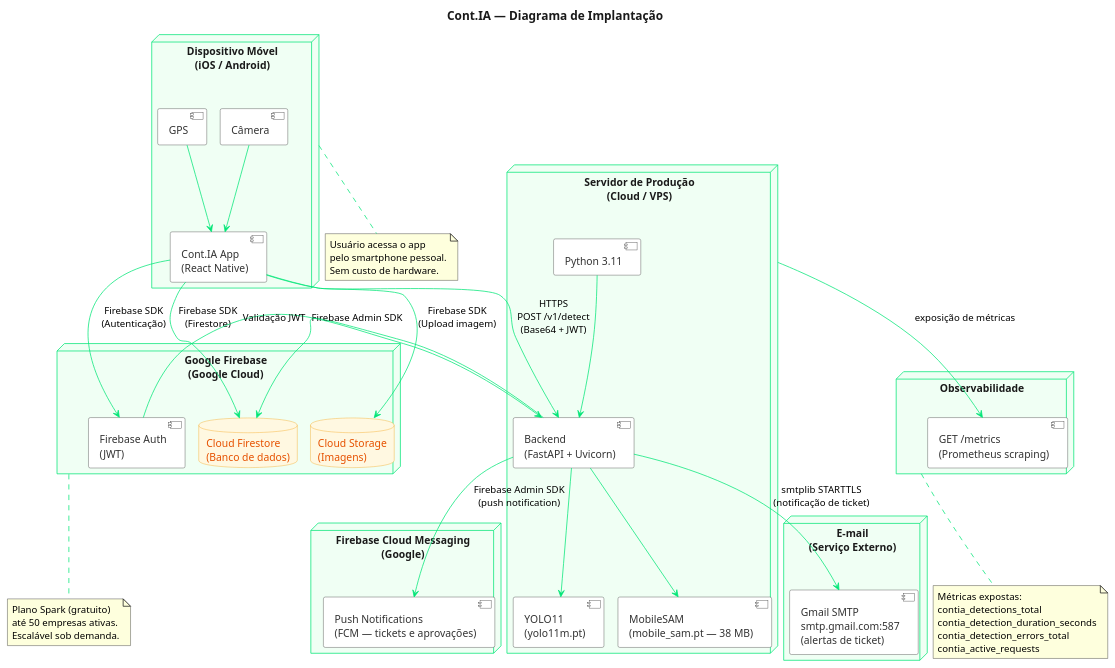
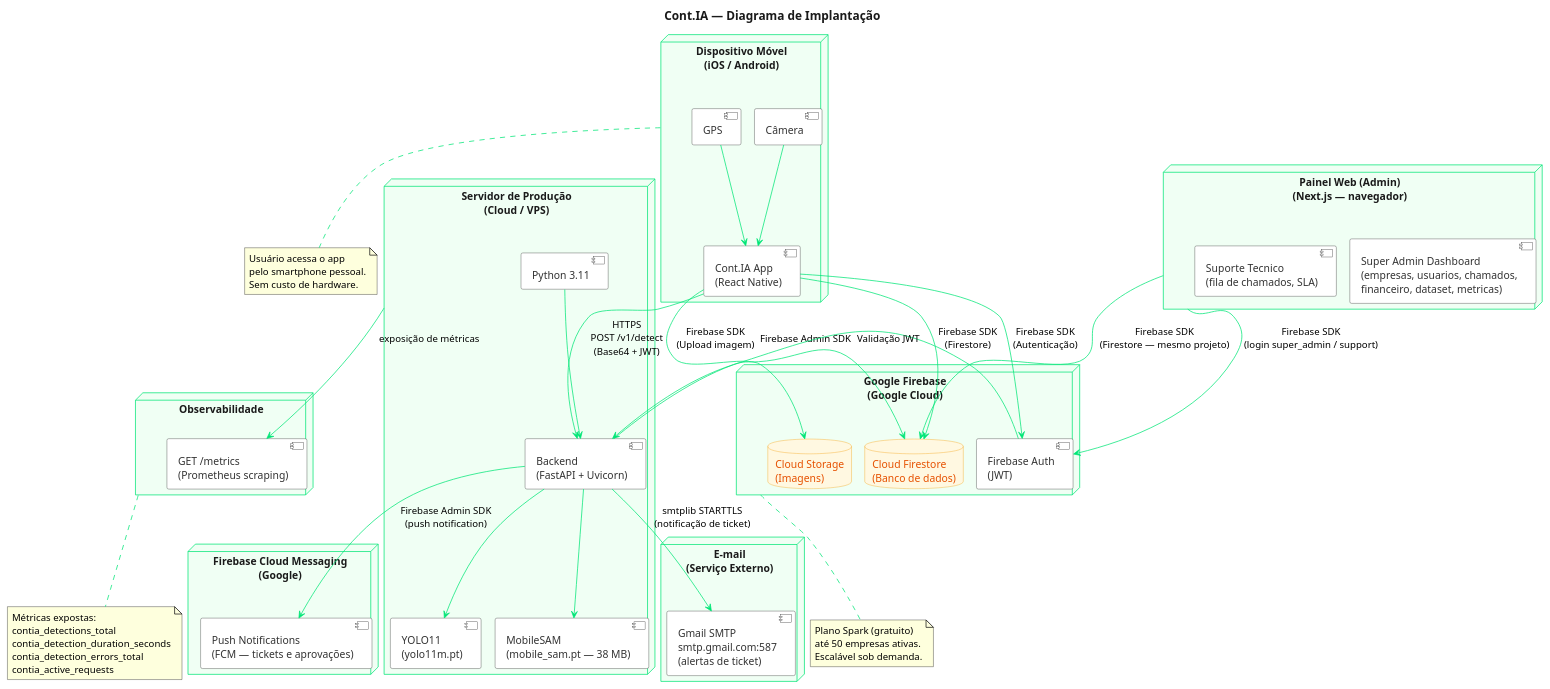
The diagram in docs/diagramas/05_implantacao.puml (JuBertoldo/cont-ia), drawn with PlantUML before and after one commit. The commit also changed 3 other files, not shown here.

First line of the commit message:
docs(diagramas): atualizar 3 diagramas com mudancas recentes

```diff
--- a/docs/diagramas/05_implantacao.puml
+++ b/docs/diagramas/05_implantacao.puml
@@ -1,88 +1,95 @@
 @startuml 05_implantacao
 !pragma layout smetana
 title Cont.IA — Diagrama de Implantação
 
 skinparam backgroundColor #FFFFFF
 skinparam nodeBackgroundColor #F0FFF4
 skinparam nodeBorderColor #00E676
 skinparam nodeFontColor #1A1A1A
 skinparam componentBackgroundColor #FFFFFF
 skinparam componentBorderColor #333333
 skinparam componentFontColor #333333
 skinparam arrowColor #00E676
 skinparam titleFontColor #1A1A1A
 skinparam titleFontSize 16
 skinparam artifactBackgroundColor #1B5E3B
 skinparam artifactBorderColor #00E676
 skinparam artifactFontColor #F1F5F9
 skinparam databaseBackgroundColor #FFF8E1
 skinparam databaseBorderColor #F59E0B
 skinparam databaseFontColor #E65100
 
 node "Dispositivo Móvel\n(iOS / Android)" as DEVICE {
     component "Cont.IA App\n(React Native)" as APP
     component "Câmera" as CAM
     component "GPS" as GPS
     CAM --> APP
     GPS --> APP
 }
 
 node "Servidor de Produção\n(Cloud / VPS)" as SERVER {
     component "Backend\n(FastAPI + Uvicorn)" as API
     component "YOLO11\n(yolo11m.pt)" as YOLO
     component "MobileSAM\n(mobile_sam.pt — 38 MB)" as SAM
     component "Python 3.11" as PY
     API --> YOLO
     API --> SAM
     PY --> API
 }
 
 node "Google Firebase\n(Google Cloud)" as FIREBASE {
     database "Cloud Firestore\n(Banco de dados)" as FS
     database "Cloud Storage\n(Imagens)" as STORAGE
     component "Firebase Auth\n(JWT)" as AUTH
 }
 
 node "E-mail\n(Serviço Externo)" as EMAIL {
     component "Gmail SMTP\nsmtp.gmail.com:587\n(alertas de ticket)" as SMTP
 }
 
 node "Firebase Cloud Messaging\n(Google)" as FCM {
     component "Push Notifications\n(FCM — tickets e aprovações)" as PUSH
 }
 
 node "Observabilidade" as OBS {
     component "GET /metrics\n(Prometheus scraping)" as PROM
 }
 
+node "Painel Web (Admin)\n(Next.js — navegador)" as WEB {
+    component "Super Admin Dashboard\n(empresas, usuarios, chamados,\nfinanceiro, dataset, metricas)" as WEBADMIN
+    component "Suporte Tecnico\n(fila de chamados, SLA)" as WEBSUPPORT
+}
+
 APP --> API : HTTPS\nPOST /v1/detect\n(Base64 + JWT)
+WEB --> FS : Firebase SDK\n(Firestore — mesmo projeto)
+WEB --> AUTH : Firebase SDK\n(login super_admin / support)
 API --> FS : Firebase Admin SDK
 APP --> FS : Firebase SDK\n(Firestore)
 APP --> STORAGE : Firebase SDK\n(Upload imagem)
 APP --> AUTH : Firebase SDK\n(Autenticação)
 AUTH --> API : Validação JWT
 API --> SMTP : smtplib STARTTLS\n(notificação de ticket)
 API --> PUSH : Firebase Admin SDK\n(push notification)
 SERVER --> PROM : exposição de métricas
 
 note bottom of DEVICE
   Usuário acessa o app
   pelo smartphone pessoal.
   Sem custo de hardware.
 end note
 
 note bottom of FIREBASE
   Plano Spark (gratuito)
   até 50 empresas ativas.
   Escalável sob demanda.
 end note
 
 note bottom of OBS
   Métricas expostas:
   contia_detections_total
   contia_detection_duration_seconds
   contia_detection_errors_total
   contia_active_requests
 end note
 
 @enduml
```
